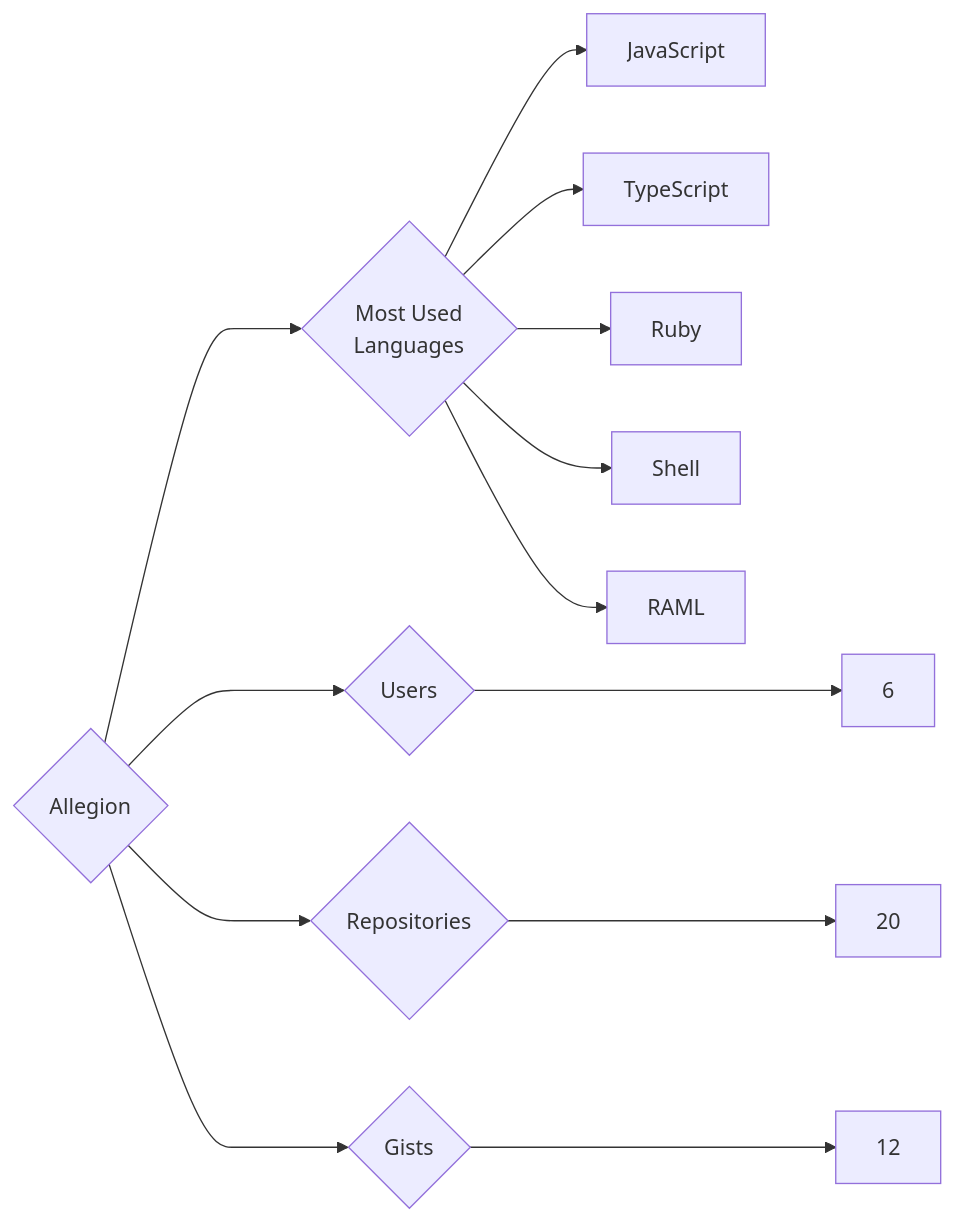
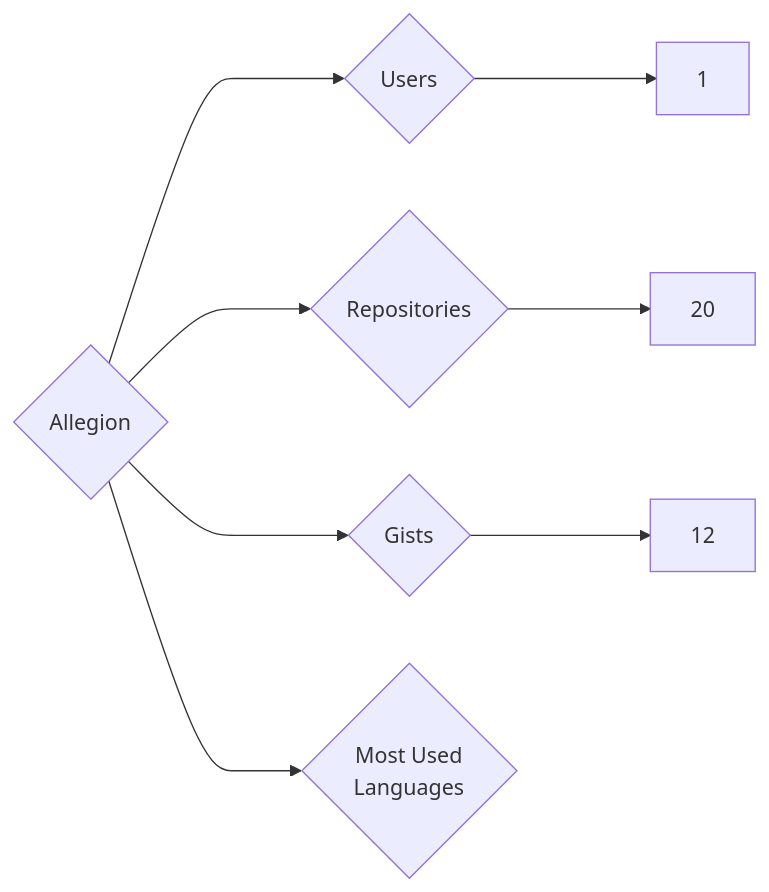
One commit to trickest/insiders changed the diagram in targets/Allegion/README.md. Above: the diagram before and after it, drawn with Mermaid. The commit also changed 1141 other files, not shown here.

````diff
--- a/targets/Allegion/README.md
+++ b/targets/Allegion/README.md
@@ -3,13 +3,8 @@
 ```mermaid
 graph LR
 COMPANY_NAME{Allegion}
-COMPANY_NAME ---> U{Users} ---> UN[6]
+COMPANY_NAME ---> U{Users} ---> UN[1]
 COMPANY_NAME ---> R{Repositories} ---> RN[20]
 COMPANY_NAME ---> G{Gists} ---> GN[12]
 COMPANY_NAME ---> ML{Most Used<br>Languages}
-ML --> JavaScript[JavaScript]
-ML --> TypeScript[TypeScript]
-ML --> Ruby[Ruby]
-ML --> Shell[Shell]
-ML --> RAML[RAML]
 ```
````
